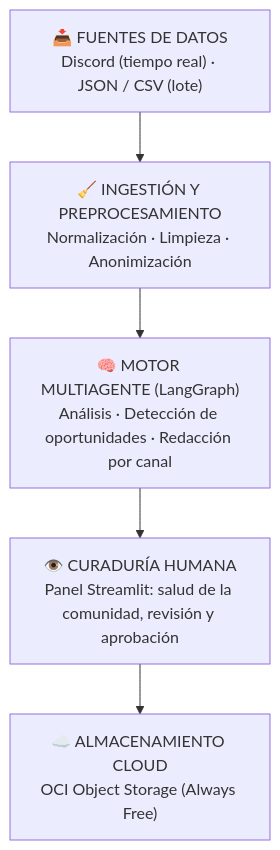
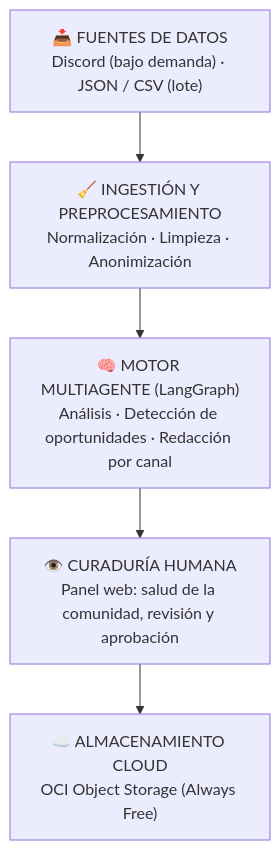
One commit to No-Country-simulation/G10_LATAM_TEAM_26 changed the diagram in README.md. Above: the diagram before and after it, drawn with Mermaid. The commit also changed other lines of this file and 71 other files, not shown here.

First line of the commit message:
feat: panel web en React + API FastAPI en lugar de la UI de Streamlit

````diff
--- a/README.md
+++ b/README.md
@@ -57,8 +57,8 @@
 ```mermaid
 flowchart TD
-    A["📥 FUENTES DE DATOS<br/>Discord (tiempo real) · JSON / CSV (lote)"] --> B
+    A["📥 FUENTES DE DATOS<br/>Discord (bajo demanda) · JSON / CSV (lote)"] --> B
     B["🧹 INGESTIÓN Y PREPROCESAMIENTO<br/>Normalización · Limpieza · Anonimización"] --> C
     C["🧠 MOTOR MULTIAGENTE (LangGraph)<br/>Análisis · Detección de oportunidades · Redacción por canal"] --> D
-    D["👁️ CURADURÍA HUMANA<br/>Panel Streamlit: salud de la comunidad, revisión y aprobación"] --> E
+    D["👁️ CURADURÍA HUMANA<br/>Panel web: salud de la comunidad, revisión y aprobación"] --> E
     E["☁️ ALMACENAMIENTO CLOUD<br/>OCI Object Storage (Always Free)"]
 ```
````
